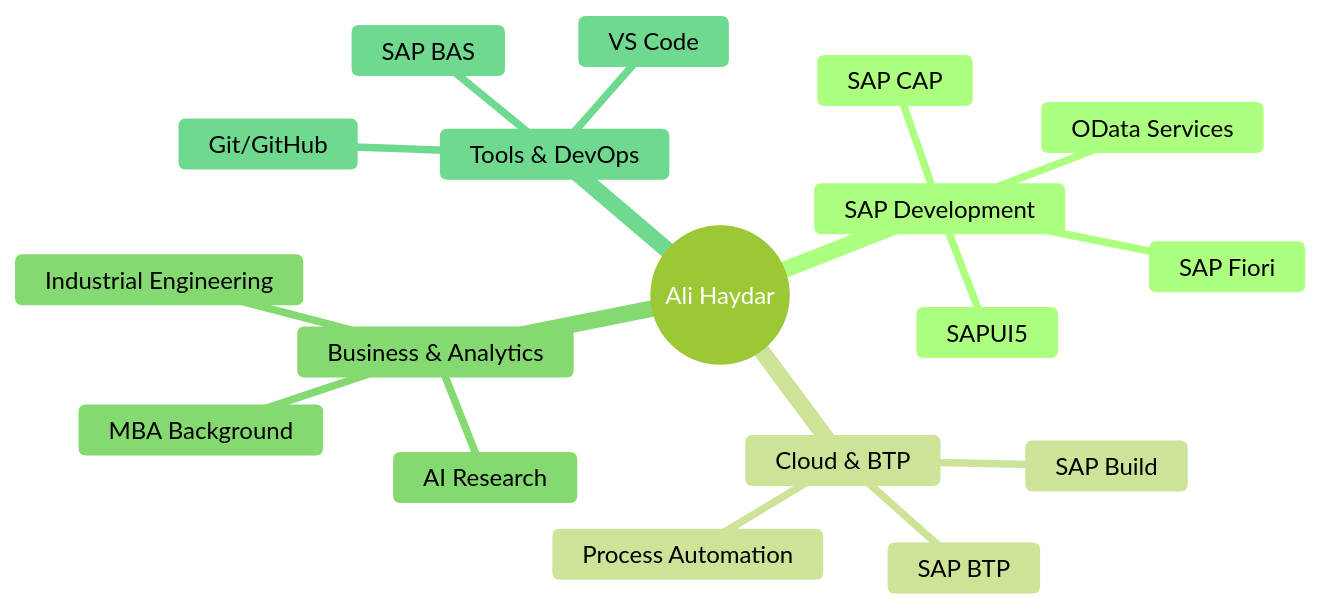
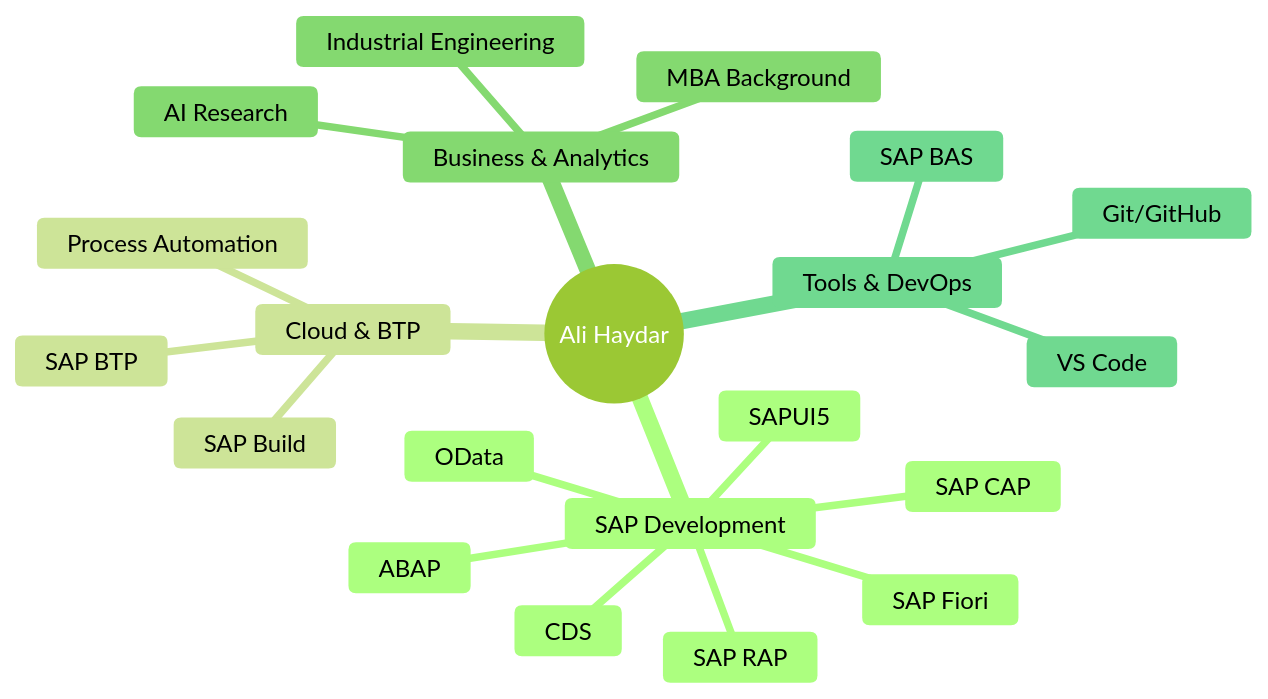
Before and after one commit to alihaydarsayar/alihaydarsayar: the diagram in README.md, drawn with Mermaid (forest theme). The commit also changed other lines of this file, not shown here.

````diff
--- a/README.md
+++ b/README.md
@@ -155,21 +155,24 @@
 ```mermaid
 mindmap
   root((Ali Haydar))
     SAP Development
       SAPUI5
       SAP Fiori
       SAP CAP
-      OData Services
+      OData
+      SAP RAP
+      CDS
+      ABAP
     Cloud & BTP
       SAP BTP
       SAP Build
       Process Automation
     Business & Analytics
       MBA Background
       Industrial Engineering
       AI Research
     Tools & DevOps
       Git/GitHub
       VS Code
       SAP BAS
 ```
````
